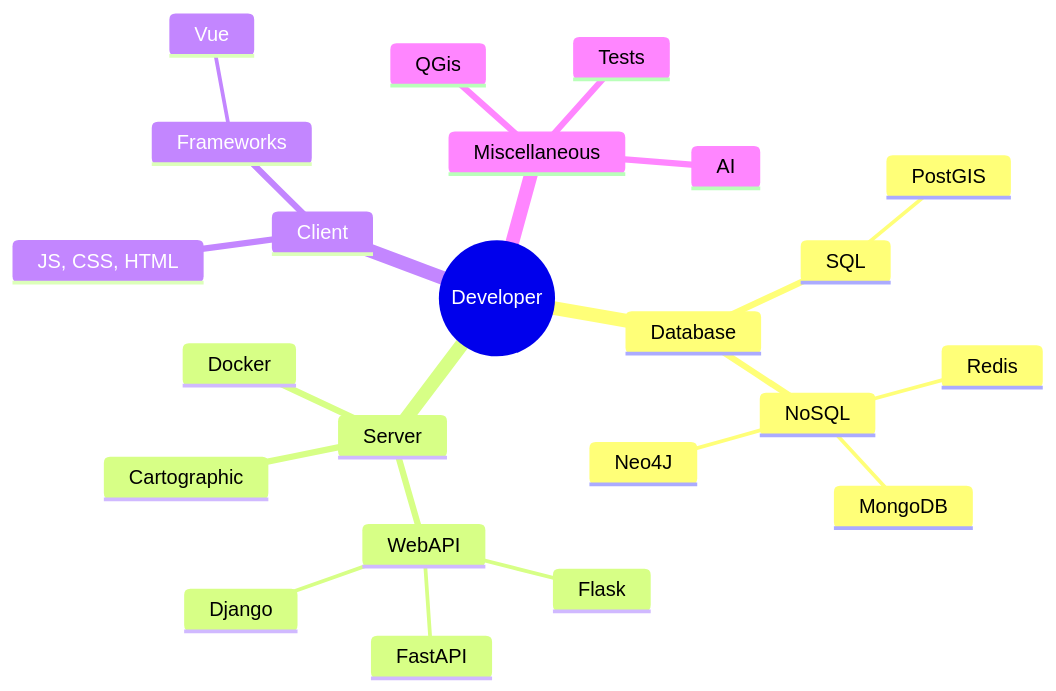
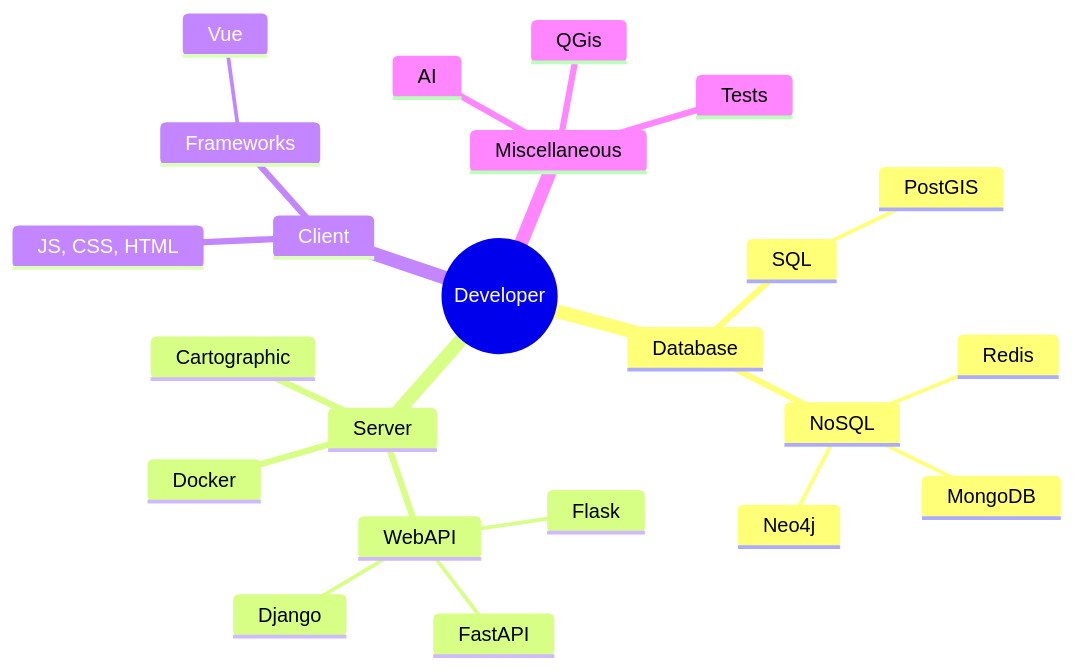
Before and after one commit to voirinprof/voirinprof.github.io: the diagram in _pages/en/index.md, drawn with Mermaid. The commit also changed other lines of this file and 3 other files, not shown here.

```diff
--- a/_pages/en/index.md
+++ b/_pages/en/index.md
@@ -18,32 +18,41 @@
 <pre class="mermaid">
       mindmap
   root((Developer))
     :::firstblock
     Database
     :::secondblock
       SQL
+        :::thirdblock
         PostGIS
       NoSQL
+        :::thirdblock
         Redis
         MongoDB
-        Neo4J
+        Neo4j
     Server
     :::secondblock
       Docker
-        
+      :::thirdblock
       WebAPI
+      :::thirdblock
         Flask
         FastAPI
         Django
       Cartographic
+      :::thirdblock
     Client
     :::secondblock
       JS, CSS, HTML
+      :::thirdblock
       Frameworks
+      :::thirdblock
         Vue
     Miscellaneous
     :::secondblock
       AI
+      :::thirdblock
       QGis
+      :::thirdblock
       Tests
+      :::thirdblock
 </pre>
```
